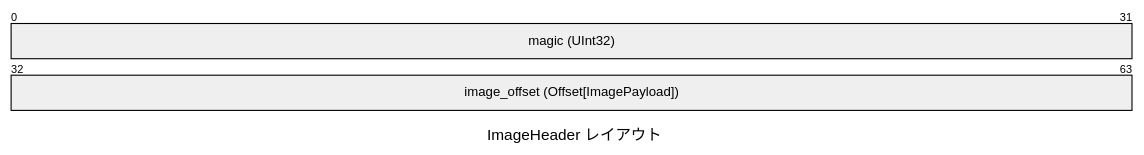
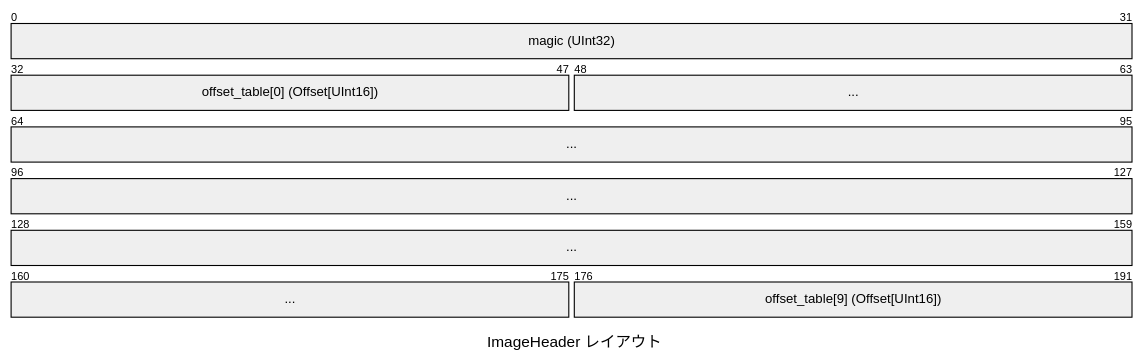
One commit to tamon-ishii/binary_master changed the third of 4 diagrams in manual.md. Above: the diagram before and after it, drawn with Mermaid (neutral theme). The commit also changed other lines of this file and 12 other files, not shown here.

````diff
--- a/manual.md
+++ b/manual.md
@@ -49,6 +59,8 @@
 ```mermaid
 packet-beta
 title ImageHeader レイアウト
 0-31: "magic (UInt32)"
-32-63: "image_offset (Offset[ImagePayload])"
+32-47: "offset_table[0] (Offset[UInt16])"
+48-175: "..."
+176-191: "offset_table[9] (Offset[UInt16])"
 ```
````
